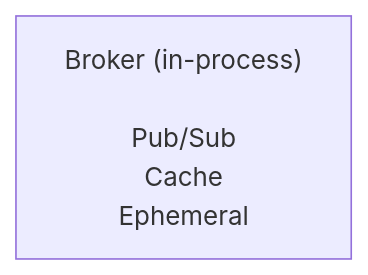
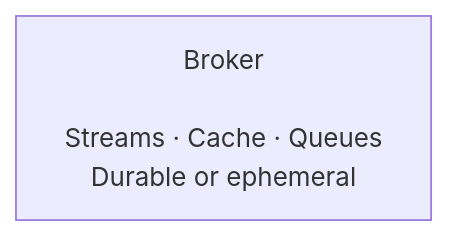
The second of 2 diagrams in docs-site/src/content/docs/getting-started/overview.md (gabloe/felix), drawn with Mermaid before and after one commit. The commit also changed other lines of this file and 21 other files, not shown here.

````diff
--- a/docs-site/src/content/docs/getting-started/overview.md
+++ b/docs-site/src/content/docs/getting-started/overview.md
@@ -204,4 +213,4 @@
 ```mermaid
 flowchart TB
-    BROKER["Broker (in-process)<br/><br/>Pub/Sub<br/>Cache<br/>Ephemeral"]
+    BROKER["Broker<br/><br/>Streams · Cache · Queues<br/>Durable or ephemeral"]
 ```
````
